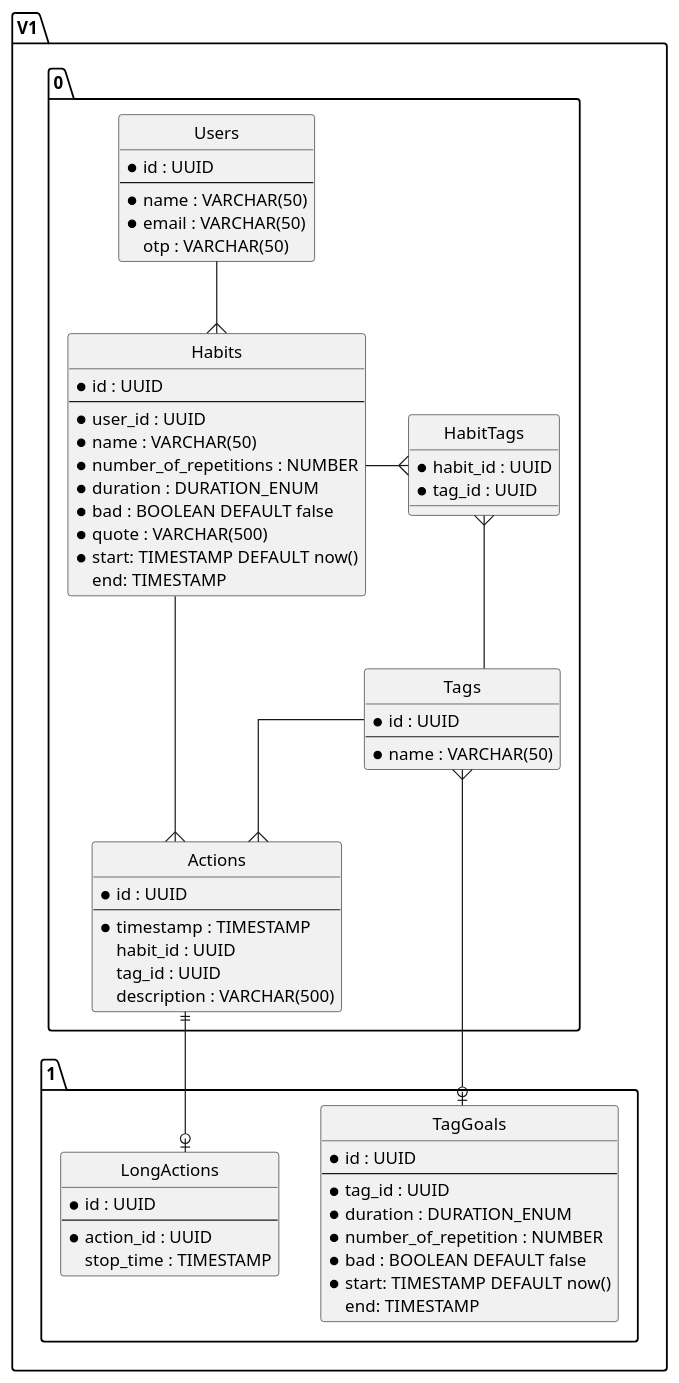
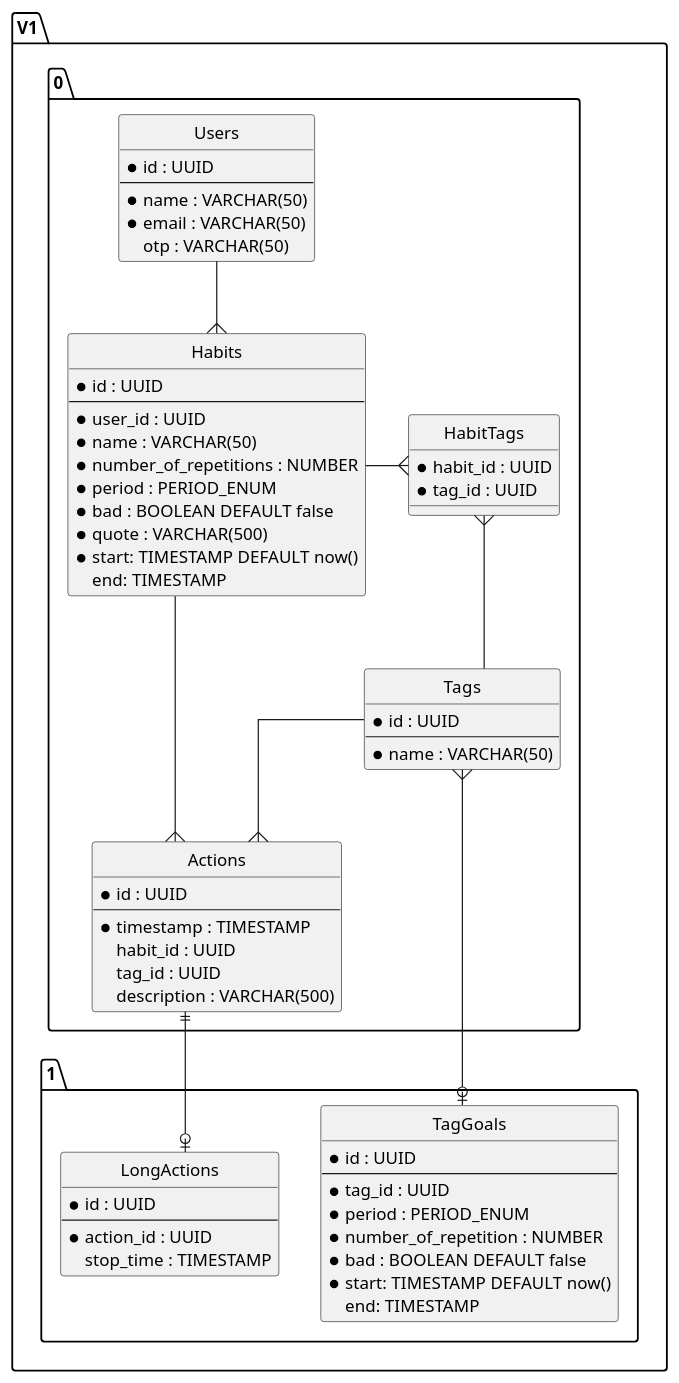
The diagram in doc/db.puml (j0rsa/tracker-cracker), drawn with PlantUML before and after one commit. The commit also changed 5 other files, not shown here.

Commit message:
renamed duration to period

```diff
--- a/doc/db.puml
+++ b/doc/db.puml
@@ -1,81 +1,81 @@
 @startuml
 
 ' hide the spot
 hide circle
 
 ' avoid problems with angled crows feet
 skinparam linetype ortho
 
 package V1.0 {
     entity Users {
       *id : UUID
       --
       *name : VARCHAR(50)
       *email : VARCHAR(50)
       otp : VARCHAR(50)
     }
 
     entity Habits {
       *id : UUID
       --
       *user_id : UUID
       *name : VARCHAR(50)
       *number_of_repetitions : NUMBER
-      *duration : DURATION_ENUM
+      *period : PERIOD_ENUM
       *bad : BOOLEAN DEFAULT false
       *quote : VARCHAR(500)
       *start: TIMESTAMP DEFAULT now()
       end: TIMESTAMP
     }
 
     entity Tags {
       *id : UUID
       --
       *name : VARCHAR(50)
     }
 
     entity HabitTags {
       *habit_id : UUID
       *tag_id : UUID
     }
 
     entity Actions {
       *id : UUID
       --
       *timestamp : TIMESTAMP
       habit_id : UUID
       tag_id : UUID
       description : VARCHAR(500)
     }
 }
 
 package V1.1 {
 
     entity LongActions {
       *id : UUID
       --
       *action_id : UUID
       stop_time : TIMESTAMP
     }
 
     entity TagGoals {
       *id : UUID
       --
       *tag_id : UUID
-      *duration : DURATION_ENUM
+      *period : PERIOD_ENUM
       *number_of_repetition : NUMBER
       *bad : BOOLEAN DEFAULT false
       *start: TIMESTAMP DEFAULT now()
       end: TIMESTAMP
     }
 }
 
 Users --{ Habits
 Habits -right-{ HabitTags
 HabitTags }-down- Tags
 Habits --{ Actions
 Tags --{ Actions
 Actions ||--o| LongActions
 Tags }--o| TagGoals
 
 @enduml
```
